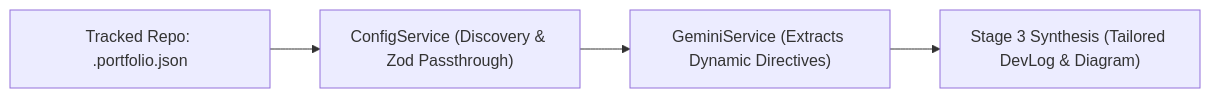
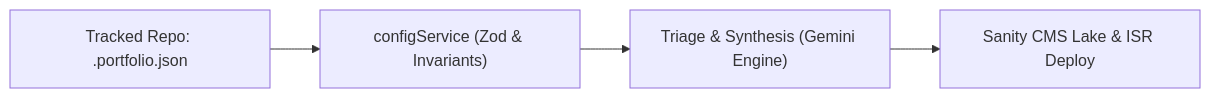
Before and after one commit to BenjiBenji20/portfolio: the diagram in documentation/dynamic_portfolio_json_specification.md, drawn with Mermaid. The commit also changed other lines of this file and 9 other files, not shown here.

Commit message:
improve .portfolio.json as human to agent bridge

````diff
--- a/documentation/dynamic_portfolio_json_specification.md
+++ b/documentation/dynamic_portfolio_json_specification.md
@@ -9,6 +8,6 @@
 ```mermaid
 flowchart LR
-    A["Tracked Repo: .portfolio.json"] --> B["ConfigService (Discovery & Zod Passthrough)"]
-    B --> C["GeminiService (Extracts Dynamic Directives)"]
-    C --> D["Stage 3 Synthesis (Tailored DevLog & Diagram)"]
+    A["Tracked Repo: .portfolio.json"] --> B["configService (Zod & Invariants)"]
+    B --> C["Triage & Synthesis (Gemini Engine)"]
+    C --> D["Sanity CMS Lake & ISR Deploy"]
 ```
````
